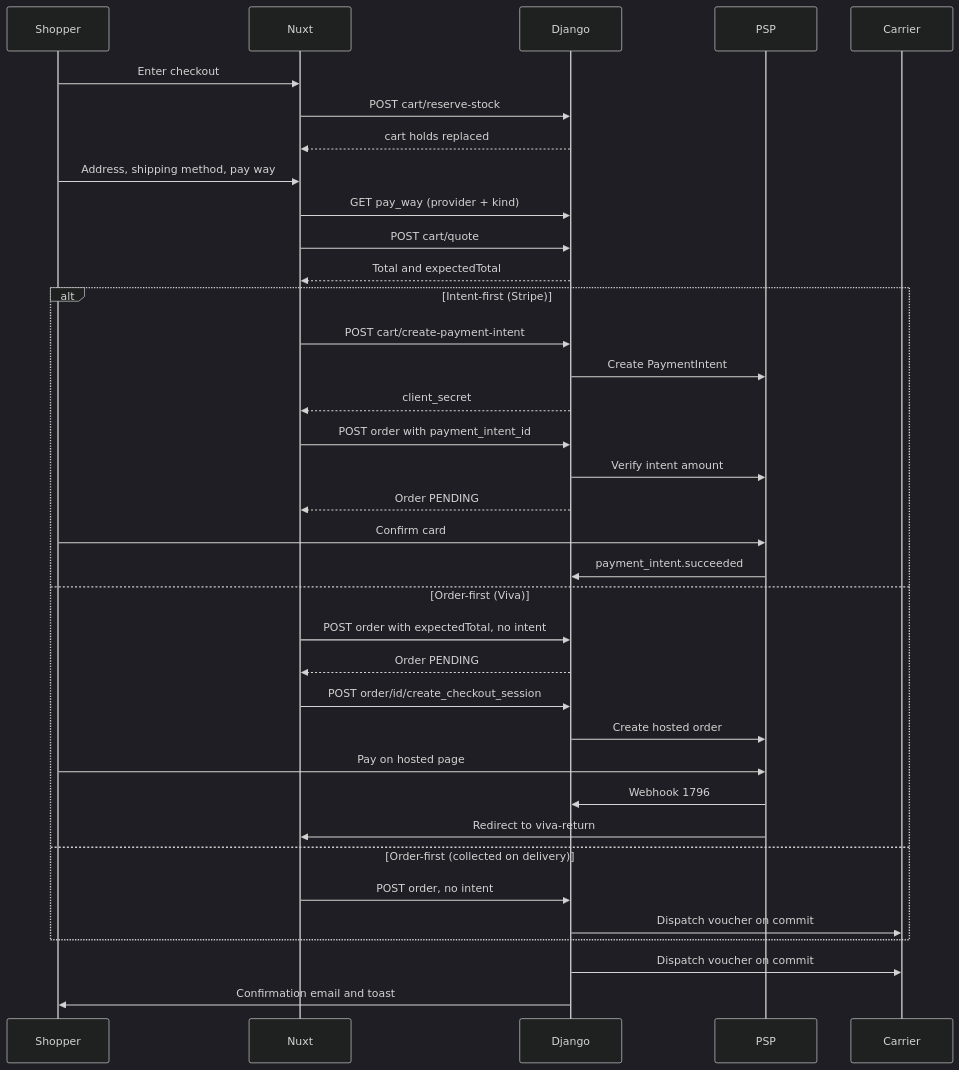
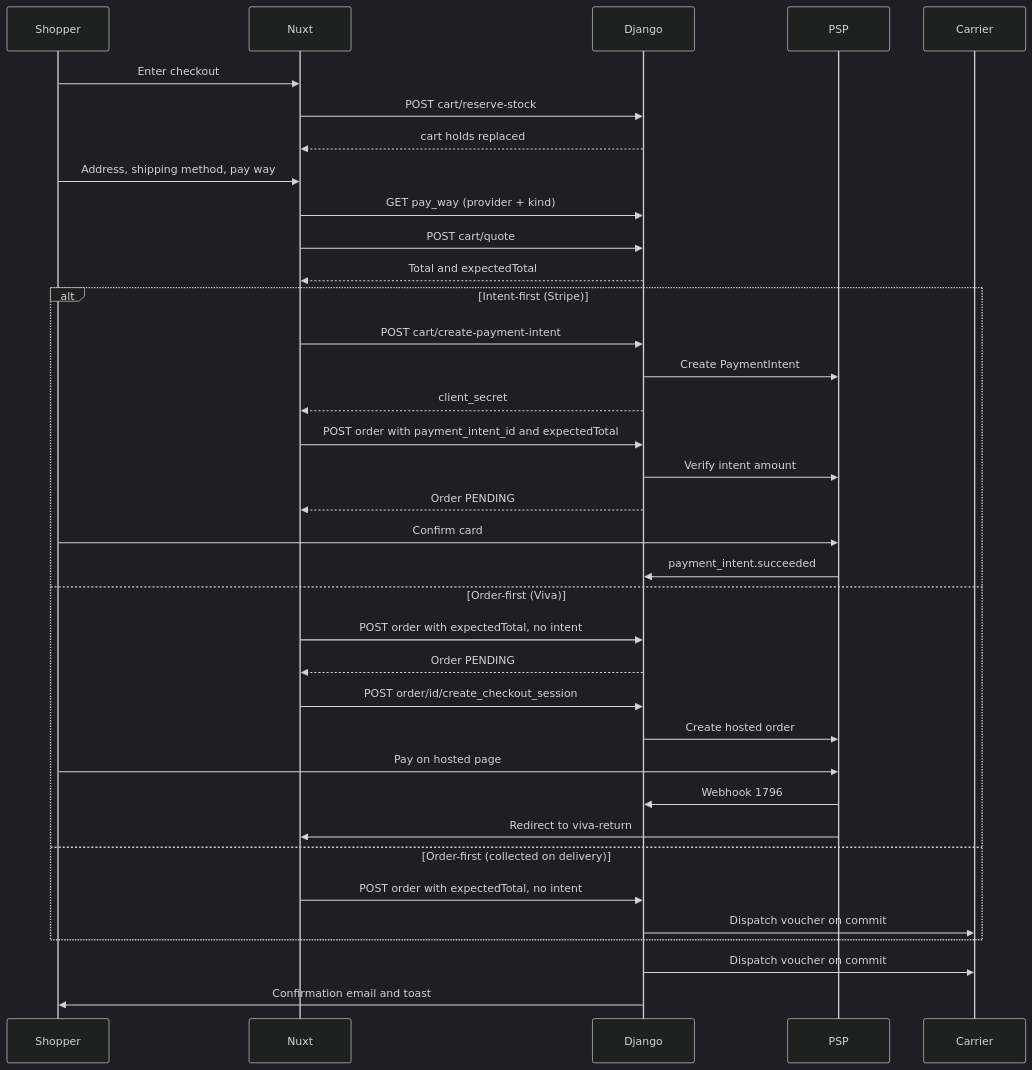
The diagram in src/dev/flows/checkout-and-payment.md (vasilistotskas/grooveshop-docs), drawn with Mermaid (dark theme) before and after one commit. The commit also changed 1 other file, not shown here.

Commit message:
docs(dev): expectedTotal on every order path, the agent-checkout replay exception, and the sources

````diff
--- a/src/dev/flows/checkout-and-payment.md
+++ b/src/dev/flows/checkout-and-payment.md
@@ -23,39 +23,39 @@
 ```mermaid
 sequenceDiagram
   participant S as Shopper
   participant N as Nuxt
   participant D as Django
   participant P as PSP
   participant C as Carrier
 
   S->>N: Enter checkout
   N->>D: POST cart/reserve-stock
   D-->>N: cart holds replaced
   S->>N: Address, shipping method, pay way
   N->>D: GET pay_way (provider + kind)
   N->>D: POST cart/quote
   D-->>N: Total and expectedTotal
   alt Intent-first (Stripe)
     N->>D: POST cart/create-payment-intent
     D->>P: Create PaymentIntent
     D-->>N: client_secret
-    N->>D: POST order with payment_intent_id
+    N->>D: POST order with payment_intent_id and expectedTotal
     D->>P: Verify intent amount
     D-->>N: Order PENDING
     S->>P: Confirm card
     P->>D: payment_intent.succeeded
   else Order-first (Viva)
     N->>D: POST order with expectedTotal, no intent
     D-->>N: Order PENDING
     N->>D: POST order/id/create_checkout_session
     D->>P: Create hosted order
     S->>P: Pay on hosted page
     P->>D: Webhook 1796
     P->>N: Redirect to viva-return
   else Order-first (collected on delivery)
-    N->>D: POST order, no intent
+    N->>D: POST order with expectedTotal, no intent
     D->>C: Dispatch voucher on commit
   end
   D->>C: Dispatch voucher on commit
   D->>S: Confirmation email and toast
 ```
````
